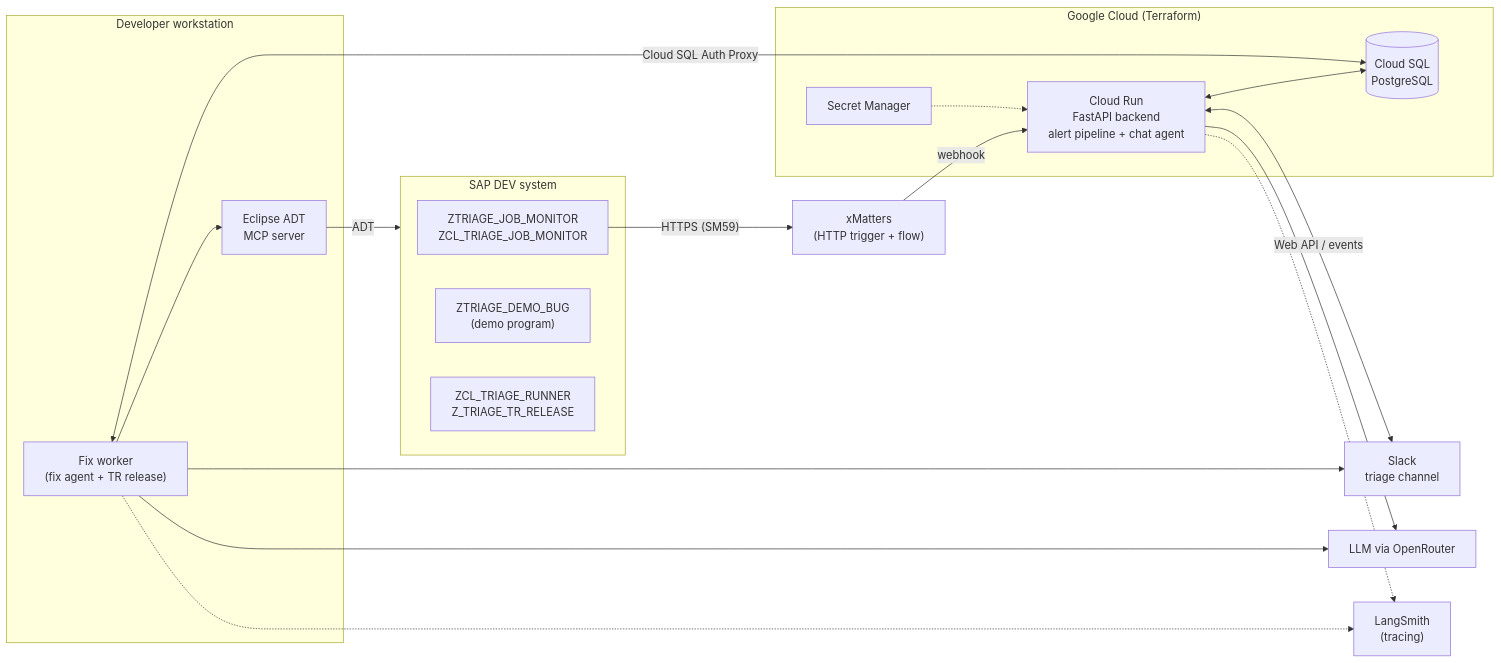
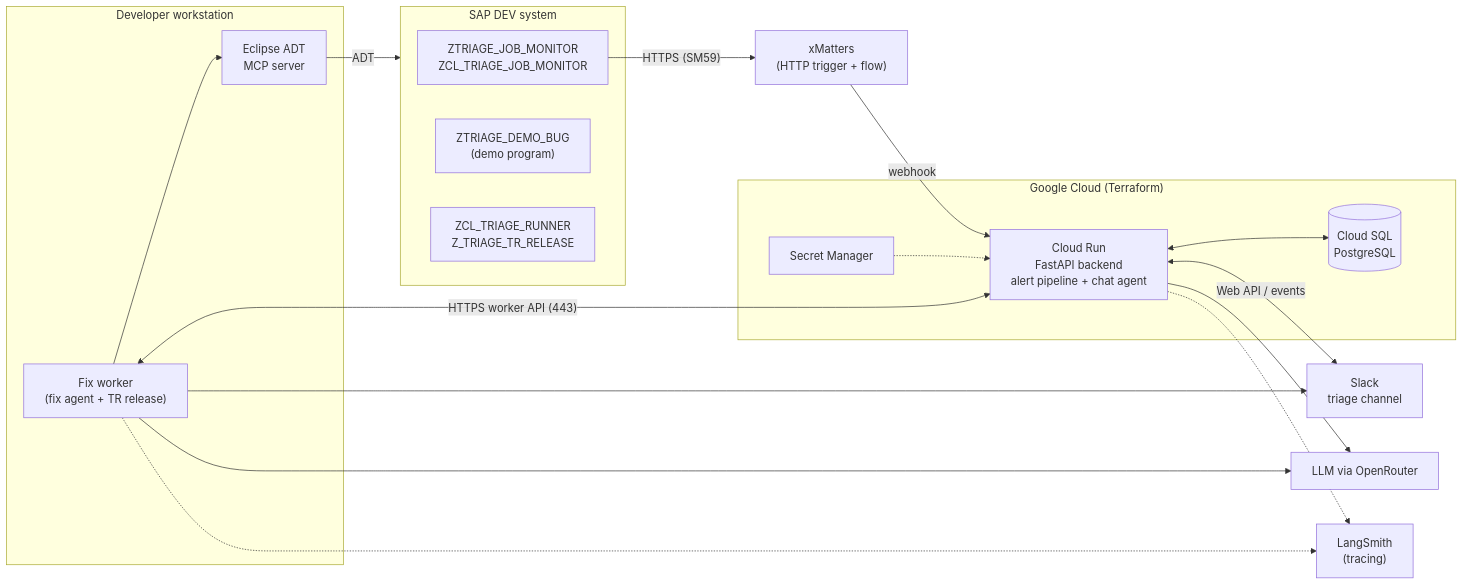
Before and after one commit to thesti2/simple-abap-triage: the second of 3 diagrams in README.md, drawn with Mermaid. The commit also changed 12 other files, not shown here.

First line of the commit message:
Worker API: fix worker reaches the alert store over HTTPS instead of Cloud SQL

````diff
--- a/README.md
+++ b/README.md
@@ -59,39 +59,39 @@
 ```mermaid
 flowchart LR
     subgraph SAPDEV["SAP DEV system"]
         MON["ZTRIAGE_JOB_MONITOR<br/>ZCL_TRIAGE_JOB_MONITOR"]
         DEMO["ZTRIAGE_DEMO_BUG<br/>(demo program)"]
         RUN["ZCL_TRIAGE_RUNNER<br/>Z_TRIAGE_TR_RELEASE"]
     end
 
     XM["xMatters<br/>(HTTP trigger + flow)"]
 
     subgraph GCP["Google Cloud (Terraform)"]
         CR["Cloud Run<br/>FastAPI backend<br/>alert pipeline + chat agent"]
         SQL[("Cloud SQL<br/>PostgreSQL")]
         SM["Secret Manager"]
     end
 
     subgraph WS["Developer workstation"]
         FW["Fix worker<br/>(fix agent + TR release)"]
         MCP["Eclipse ADT<br/>MCP server"]
     end
 
     SLACK["Slack<br/>triage channel"]
     LLM["LLM via OpenRouter"]
     LS["LangSmith<br/>(tracing)"]
 
     MON -- "HTTPS (SM59)" --> XM
     XM -- "webhook" --> CR
     CR <--> SQL
     SM -.-> CR
     CR <-- "Web API / events" --> SLACK
     CR --> LLM
-    FW <-- "Cloud SQL Auth Proxy" --> SQL
+    FW <-- "HTTPS worker API (443)" --> CR
     FW --> SLACK
     FW --> LLM
     FW --> MCP
     MCP -- "ADT" --> SAPDEV
     CR -.-> LS
     FW -.-> LS
 ```
````
